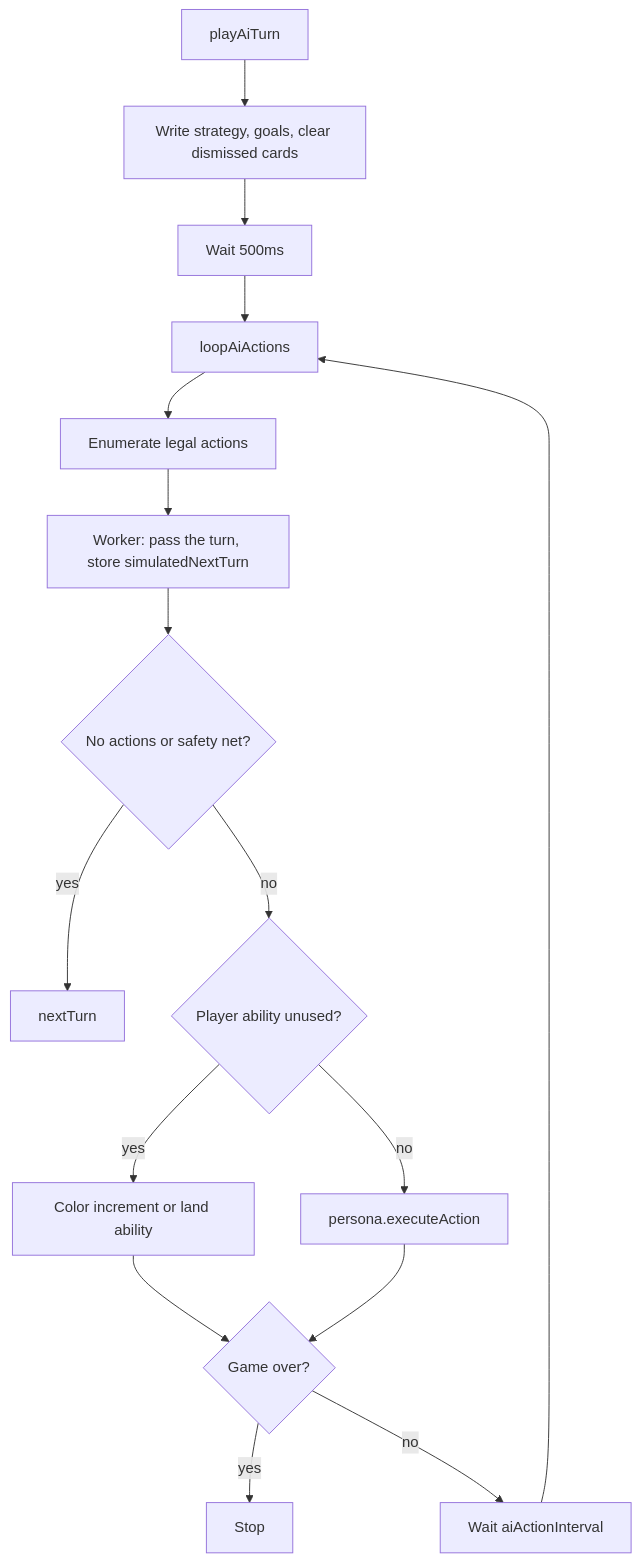
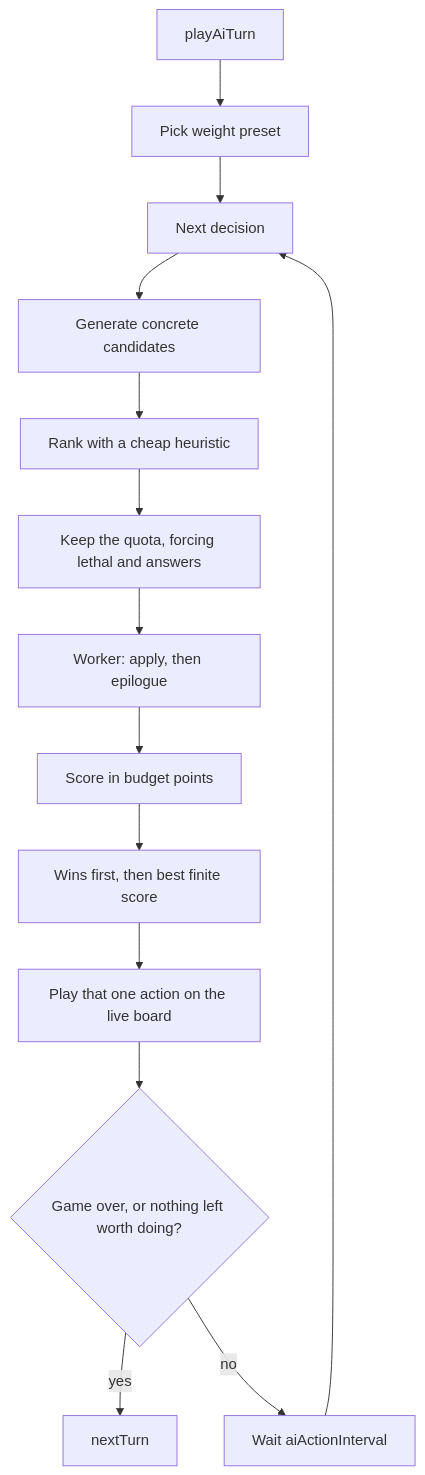
The diagram in src/lib/battle/ai/docs/architecture.md (eramstein/academy), drawn with Mermaid before and after one commit. The commit also changed other lines of this file and 14 other files, not shown here.

````diff
--- a/src/lib/battle/ai/docs/architecture.md
+++ b/src/lib/battle/ai/docs/architecture.md
@@ -32,18 +13,16 @@
 ```mermaid
 flowchart TD
-  start[playAiTurn] --> plan[Write strategy, goals, clear dismissed cards]
-  plan --> wait[Wait 500ms]
-  wait --> loop[loopAiActions]
-  loop --> legal[Enumerate legal actions]
-  legal --> sim[Worker: pass the turn, store simulatedNextTurn]
-  sim --> empty{No actions or safety net?}
-  empty -->|yes| pass[nextTurn]
-  empty -->|no| ability{Player ability unused?}
-  ability -->|yes| spend[Color increment or land ability]
-  ability -->|no| persona[persona.executeAction]
-  spend --> won{Game over?}
-  persona --> won
-  won -->|yes| stop[Stop]
+  start[playAiTurn] --> weights[Pick weight preset]
+  weights --> loop[Next decision]
+  loop --> gen[Generate concrete candidates]
+  gen --> rank[Rank with a cheap heuristic]
+  rank --> cap[Keep the quota, forcing lethal and answers]
+  cap --> sim[Worker: apply, then epilogue]
+  sim --> score[Score in budget points]
+  score --> pick[Wins first, then best finite score]
+  pick --> play[Play that one action on the live board]
+  play --> won{Game over, or nothing left worth doing?}
+  won -->|yes| pass[nextTurn]
   won -->|no| delay[Wait aiActionInterval]
   delay --> loop
 ```
````
